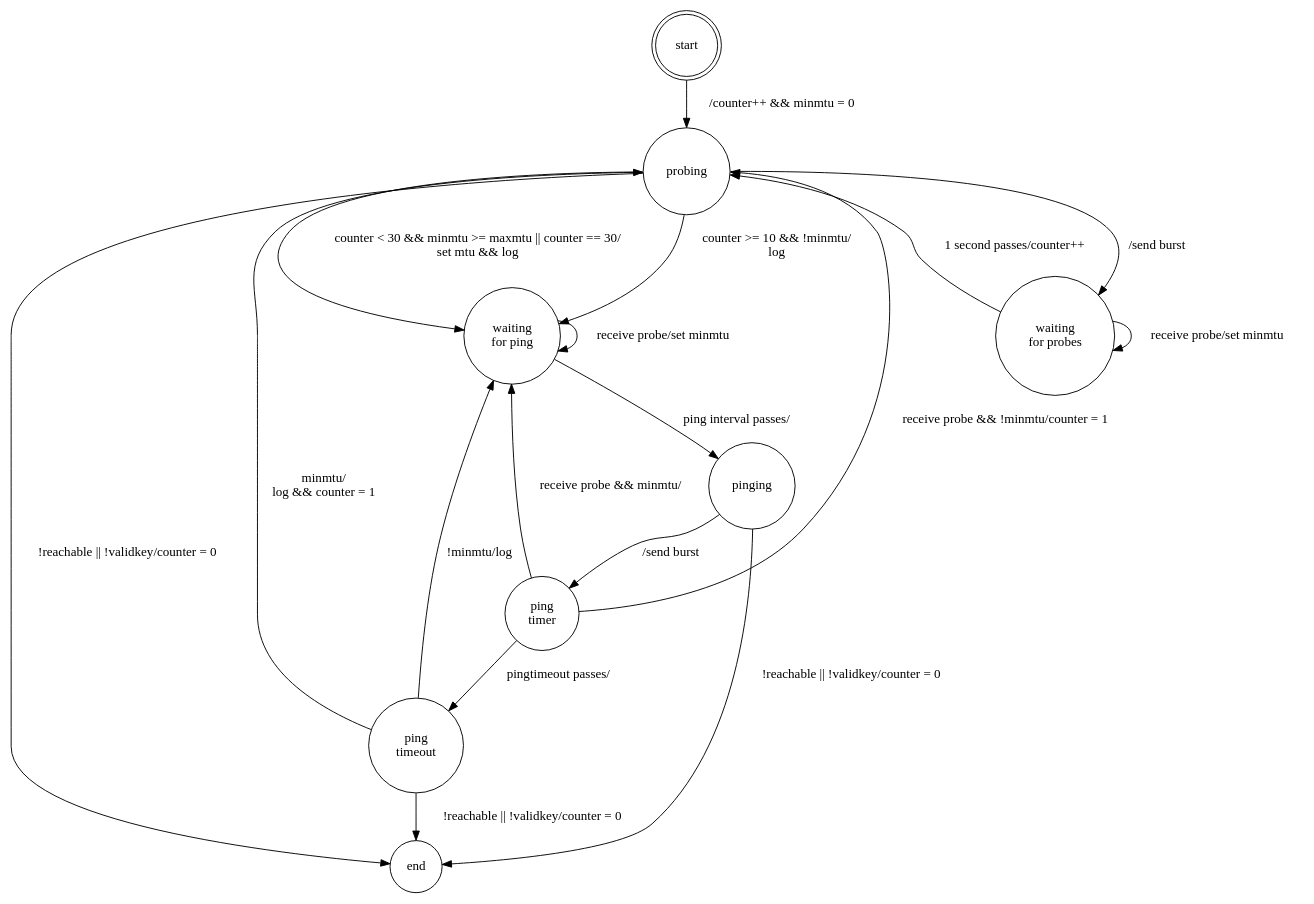
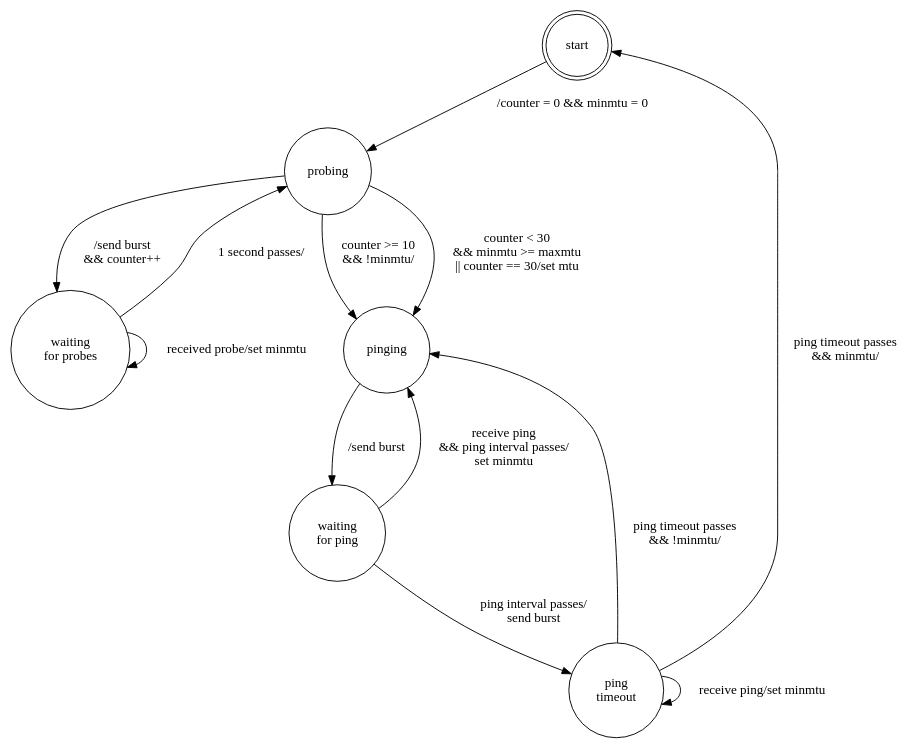
The diagram in doc/mtu_state_machine.dot (gsliepen/tinc), drawn with Graphviz before and after one commit. The commit also changed 1 other file, not shown here.

Commit message:
Implemented, but not yet correct ping behavior

```diff
--- a/doc/mtu_state_machine.dot
+++ b/doc/mtu_state_machine.dot
@@ -1,34 +1,27 @@
 digraph finite_state_machine {
 
 	node [shape = doublecircle];
 	start [ label = "start" ];
 	
-	node [shape = circle];	
-	end [ label = "end" ];
+	node [shape = circle];
 	probes [ label = "probing" ];
 	w_probes [ label = "waiting\nfor probes" ];
 
 	ping [ label = "pinging" ];
 	w_ping [ label = "waiting\nfor ping" ];
-	t_ping [ label = "ping\ntimer" ];
 	to_ping [ label = "ping\ntimeout" ];
 	
-	start -> probes [ label = "/counter++ && minmtu = 0" ];
-	probes -> w_probes [ label = "/send burst" ];
-	w_probes -> probes [ label = "1 second passes/counter++" ];
-	probes -> end [ label = "!reachable || !validkey/counter = 0" ];
-	w_probes -> w_probes [ label = "receive probe/set minmtu" ];
-
-	probes -> w_ping [ label = "counter < 30 && minmtu >= maxmtu || counter == 30/\nset mtu && log" ];
-	probes -> w_ping [ label = "counter >= 10 && !minmtu/\nlog" ];
-	w_ping -> ping [ label = "ping interval passes/" ];
-	ping -> end [ label = "!reachable || !validkey/counter = 0" ];
-	ping -> t_ping [ label = "/send burst" ];
-	t_ping -> to_ping [ label = "pingtimeout passes/" ];
-	to_ping -> w_ping [ label = "!minmtu/log" ];
-	to_ping -> probes [ label = "minmtu/\nlog && counter = 1" ];
-	to_ping -> end [ label = "!reachable || !validkey/counter = 0" ];
-	w_ping -> w_ping [ label = "receive probe/set minmtu" ];
-	t_ping -> w_ping [ label = "receive probe && minmtu/" ];
-	t_ping -> probes [ label = "receive probe && !minmtu/counter = 1" ];
+    start -> probes [ label = "/counter = 0 && minmtu = 0" ];
+    probes -> w_probes [ label = "/send burst\n&& counter++" ];
+    w_probes -> probes [ label = "1 second passes/" ];
+    w_probes -> w_probes [ label = "received probe/set minmtu" ];
+    probes -> ping [ label = "counter >= 10\n&& !minmtu/" ];
+    probes -> ping [ label = "counter < 30\n&& minmtu >= maxmtu\n|| counter == 30/set mtu" ];
+    
+    ping -> w_ping [ label = "/send burst", weight = 3 ];
+    w_ping -> to_ping [ label = "ping interval passes/\nsend burst" ];
+    w_ping -> ping [ label = "receive ping\n&& ping interval passes/\nset minmtu" ];
+    to_ping -> ping [ label = "ping timeout passes\n&& !minmtu/" ];
+    to_ping -> start [ label = "ping timeout passes\n&& minmtu/" ];
+    to_ping -> to_ping [ label = "receive ping/set minmtu" ];
 }
```
